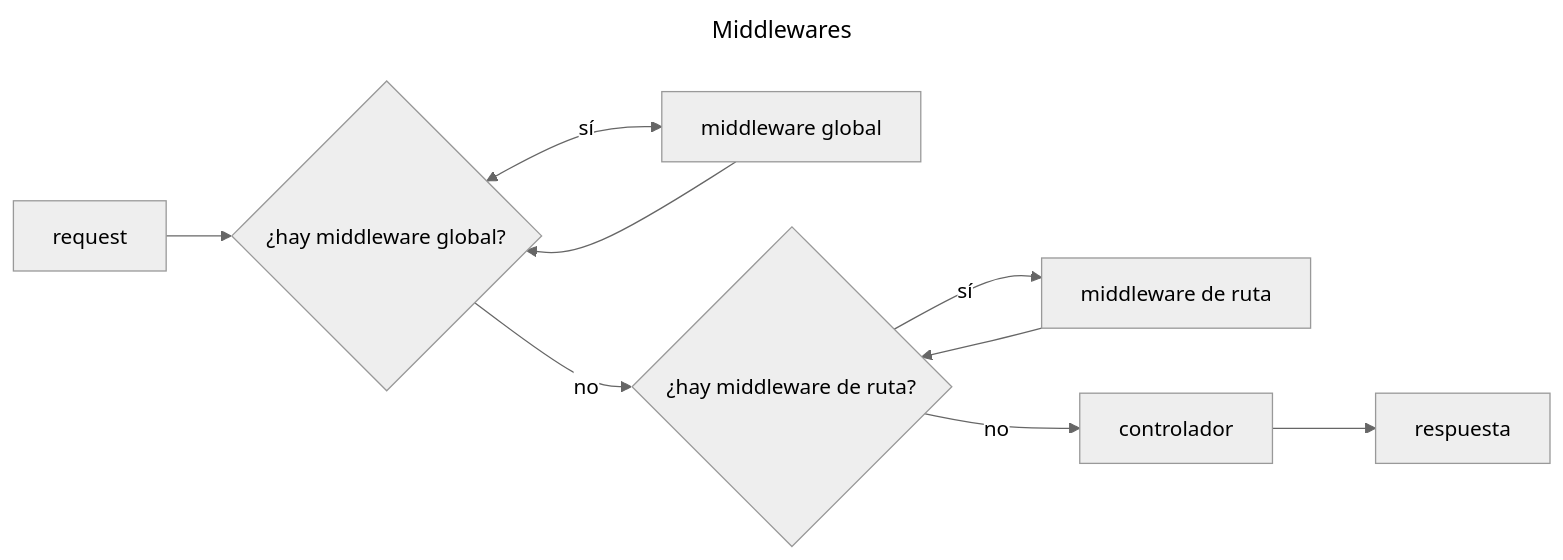
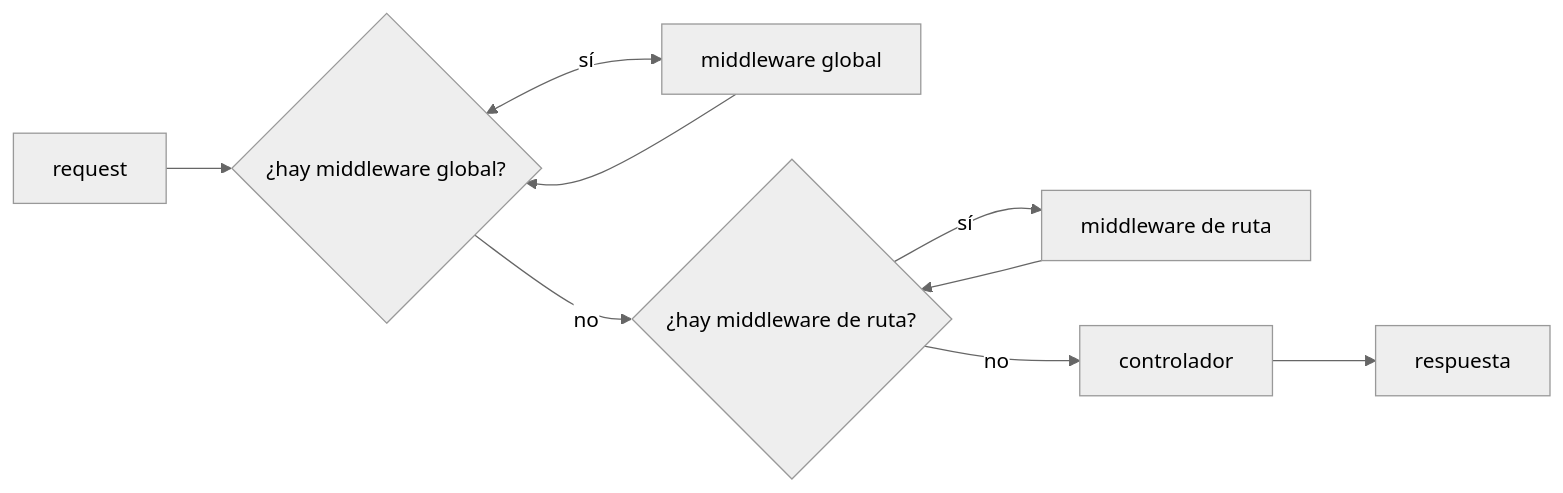
The third of 3 diagrams in docs/documentacion.md (galasemich/Encore), drawn with Mermaid (neutral theme) before and after one commit. The commit also changed other lines of this file, not shown here.

````diff
--- a/docs/documentacion.md
+++ b/docs/documentacion.md
@@ -714,11 +719,8 @@
 ```mermaid
----
-title: Middlewares
----
 flowchart LR
     request --> MG?{¿hay middleware global?} <--> |sí| MG[middleware global]
                 MG --> MG? 
                 MG?{¿hay middleware global?} --> |no| HMR?{¿hay middleware de ruta?} --> |sí| MR[middleware de ruta]
                                                       MR --> HMR?
                                                       HMR?{¿hay middleware de ruta?} --> |no| controlador --> respuesta
 ```
````
